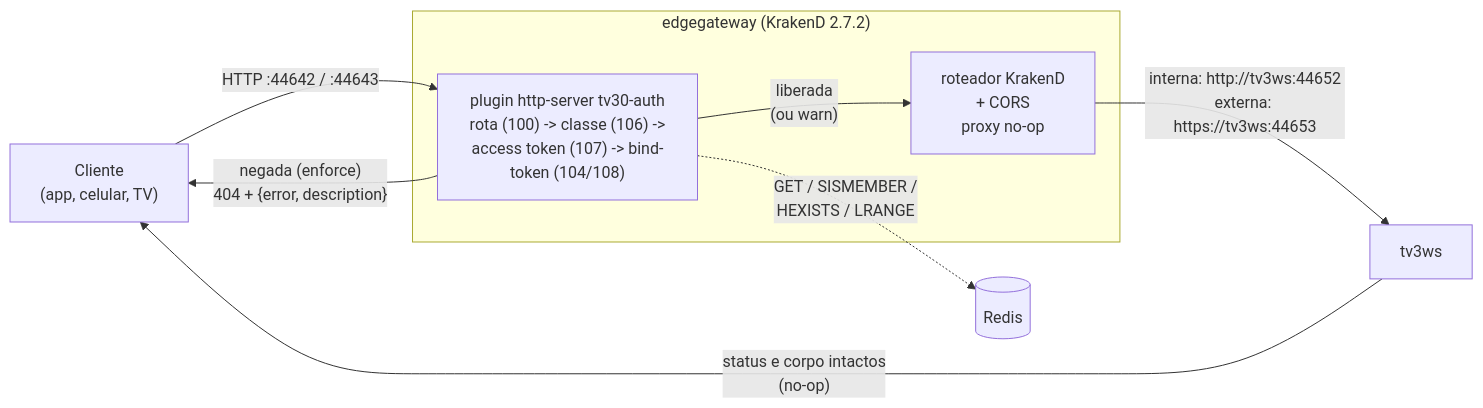
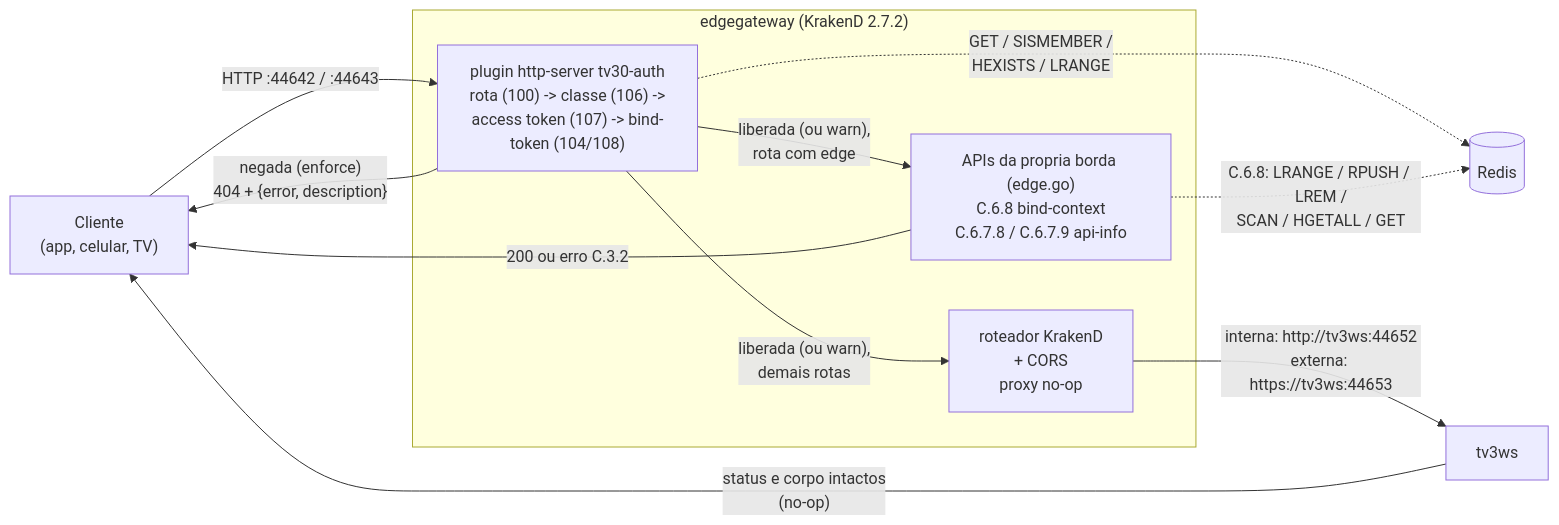
The first of 2 diagrams in docs/04-pipeline-http.md (multisens/Infra), drawn with Mermaid before and after one commit. The commit also changed other lines of this file and 26 other files, not shown here.

Commit message:
feat: borda responde a C.6.8 e as APIs de api-info

````diff
--- a/docs/04-pipeline-http.md
+++ b/docs/04-pipeline-http.md
@@ -20,15 +20,19 @@
 ```mermaid
 flowchart LR
     C["Cliente<br/>(app, celular, TV)"] -->|"HTTP :44642 / :44643"| P
 
     subgraph EDGE["edgegateway (KrakenD 2.7.2)"]
         P["plugin http-server tv30-auth<br/>rota (100) -> classe (106) -><br/>access token (107) -> bind-token (104/108)"]
+        A["APIs da propria borda (edge.go)<br/>C.6.8 bind-context<br/>C.6.7.8 / C.6.7.9 api-info"]
         G["roteador KrakenD<br/>+ CORS<br/>proxy no-op"]
-        P -->|"liberada<br/>(ou warn)"| G
+        P -->|"liberada (ou warn),<br/>rota com edge"| A
+        P -->|"liberada (ou warn),<br/>demais rotas"| G
     end
 
     P -.->|"GET / SISMEMBER /<br/>HEXISTS / LRANGE"| R[("Redis")]
+    A -.->|"C.6.8: LRANGE / RPUSH / LREM /<br/>SCAN / HGETALL / GET"| R
+    A -->|"200 ou erro C.3.2"| C
     P -->|"negada (enforce)<br/>404 + {error, description}"| C
     G -->|"interna: http://tv3ws:44652<br/>externa: https://tv3ws:44653"| T["tv3ws"]
     T -->|"status e corpo intactos<br/>(no-op)"| C
 ```
````
